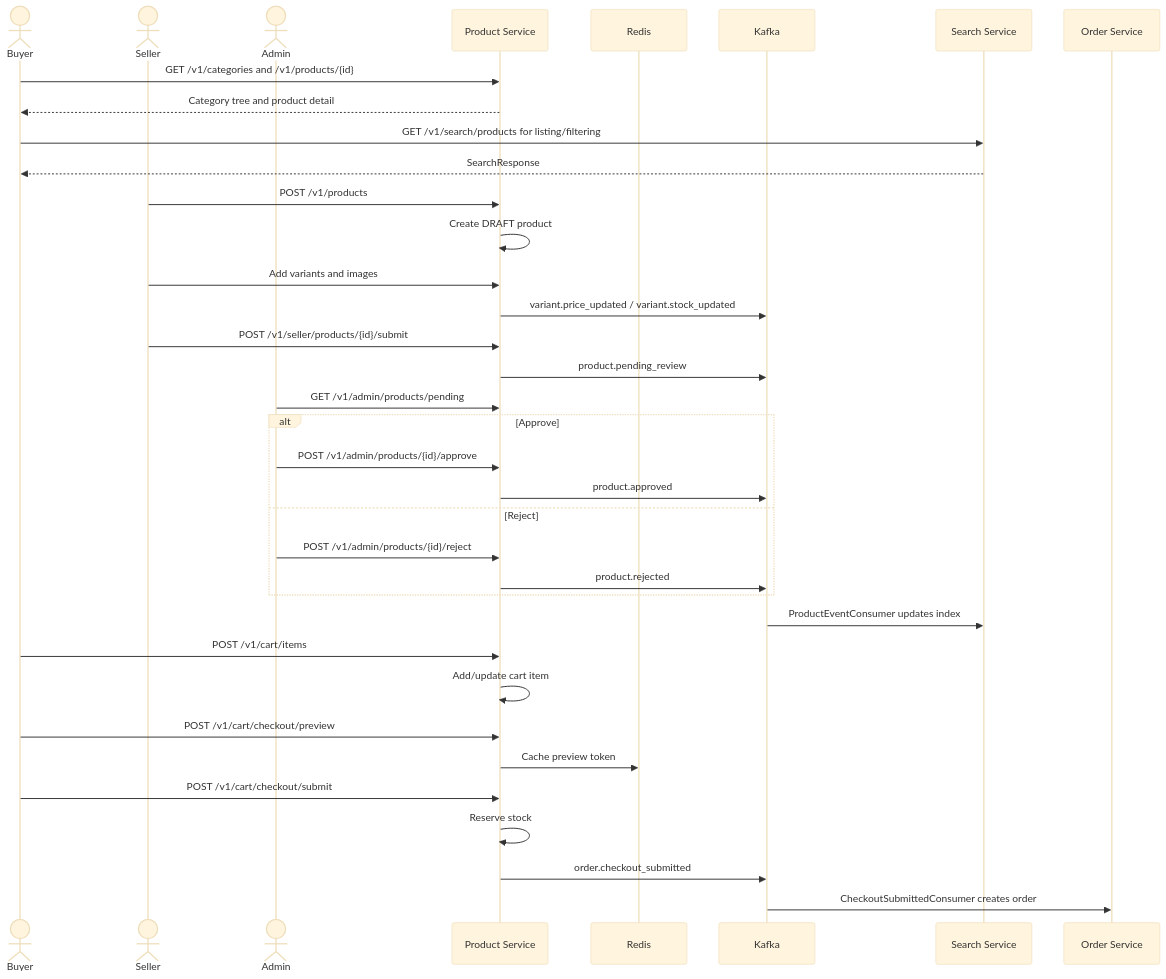
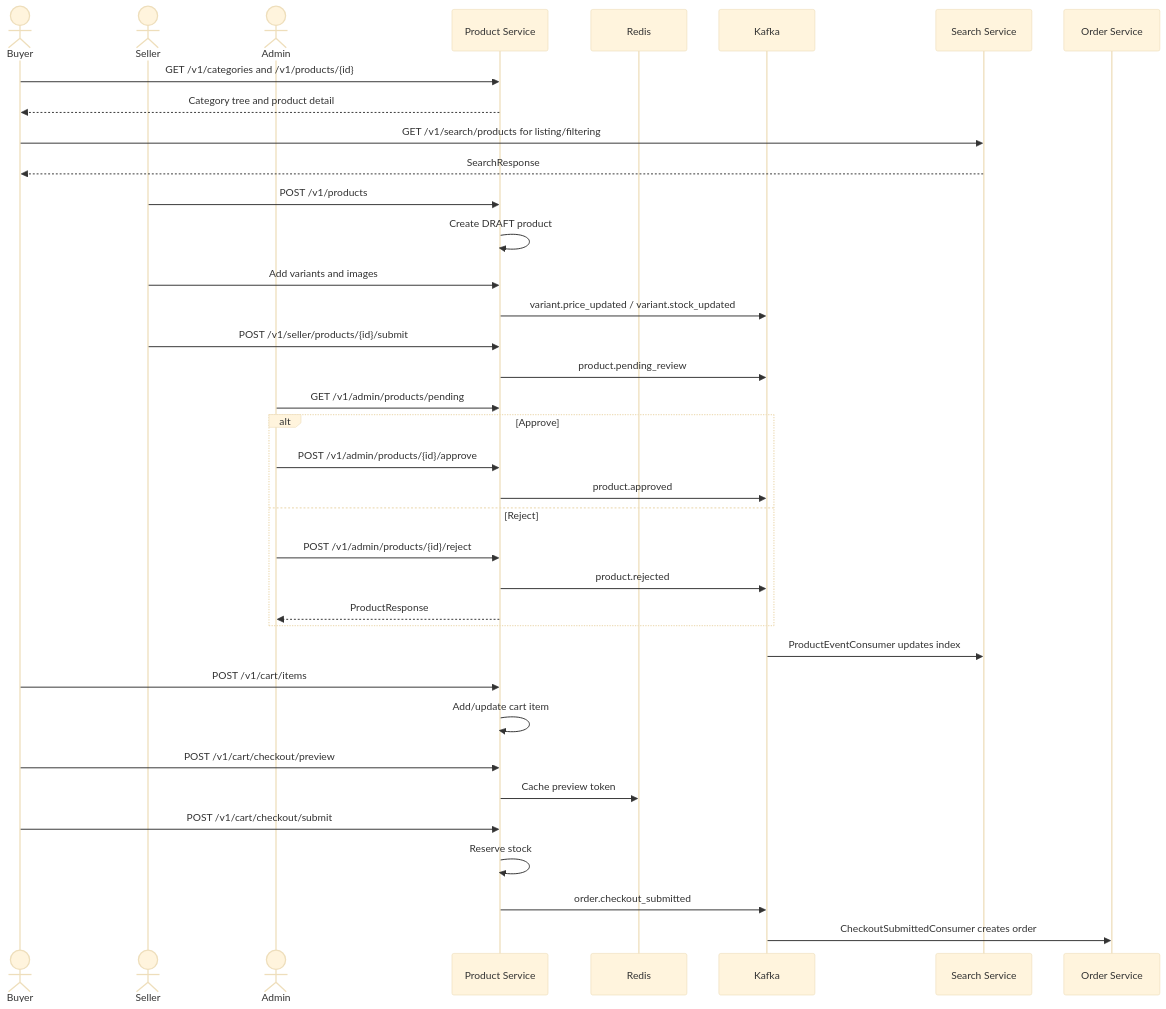
Before and after one commit to ldqanh1408/stealing-from-paradise: the diagram in documents/flows/product-service/flow-product-catalog-cart-review.md, drawn with Mermaid (base theme). The commit also changed other lines of this file and 324 other files, not shown here.

````diff
--- a/documents/flows/product-service/flow-product-catalog-cart-review.md
+++ b/documents/flows/product-service/flow-product-catalog-cart-review.md
@@ -26,42 +26,43 @@
 ```mermaid
 sequenceDiagram
     actor Buyer
     actor Seller
     actor Admin
     participant Product as Product Service
     participant Redis as Redis
     participant Kafka as Kafka
     participant Search as Search Service
     participant Order as Order Service
 
     Buyer->>Product: GET /v1/categories and /v1/products/{id}
     Product-->>Buyer: Category tree and product detail
     Buyer->>Search: GET /v1/search/products for listing/filtering
     Search-->>Buyer: SearchResponse
 
     Seller->>Product: POST /v1/products
     Product->>Product: Create DRAFT product
     Seller->>Product: Add variants and images
     Product->>Kafka: variant.price_updated / variant.stock_updated
     Seller->>Product: POST /v1/seller/products/{id}/submit
     Product->>Kafka: product.pending_review
 
     Admin->>Product: GET /v1/admin/products/pending
     alt Approve
         Admin->>Product: POST /v1/admin/products/{id}/approve
         Product->>Kafka: product.approved
     else Reject
         Admin->>Product: POST /v1/admin/products/{id}/reject
         Product->>Kafka: product.rejected
+        Product-->>Admin: ProductResponse
     end
     Kafka->>Search: ProductEventConsumer updates index
 
     Buyer->>Product: POST /v1/cart/items
     Product->>Product: Add/update cart item
     Buyer->>Product: POST /v1/cart/checkout/preview
     Product->>Redis: Cache preview token
     Buyer->>Product: POST /v1/cart/checkout/submit
     Product->>Product: Reserve stock
     Product->>Kafka: order.checkout_submitted
     Kafka->>Order: CheckoutSubmittedConsumer creates order
 ```
````
